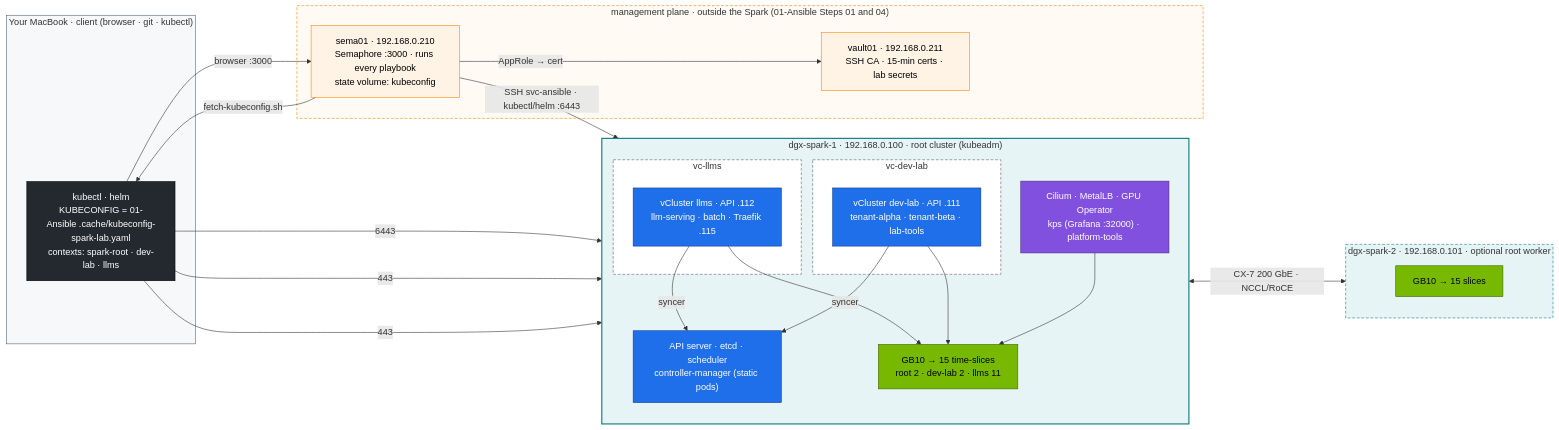
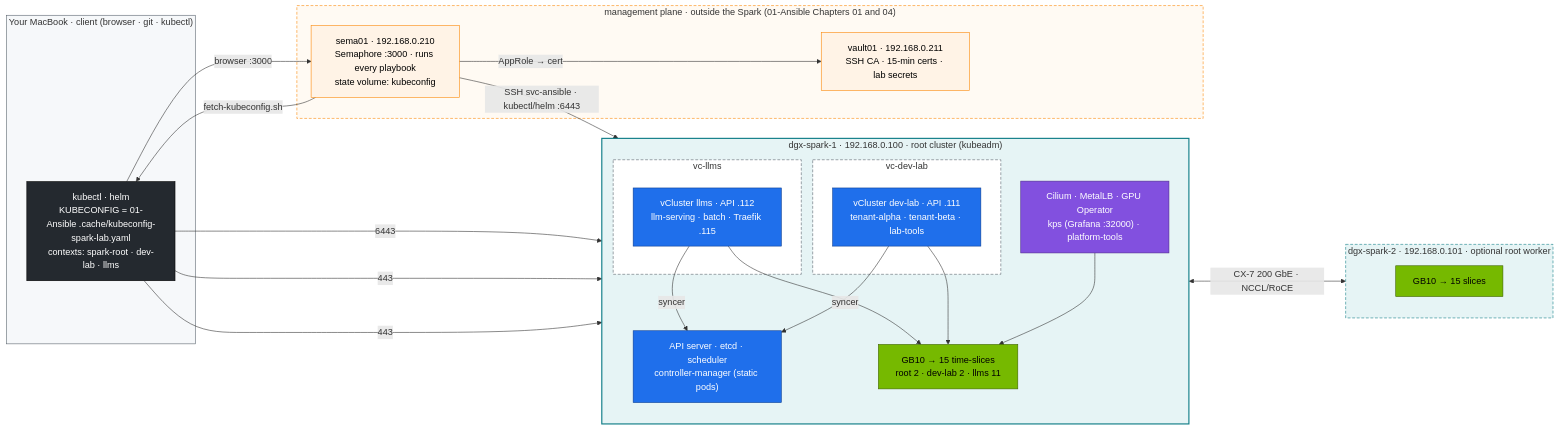
One commit to cloudone365/technical-depth changed the diagram in 02-Kubernetes/lab/README.md. Above: the diagram before and after it, drawn with Mermaid. The commit also changed other lines of this file and 242 other files, not shown here.

````diff
--- a/02-Kubernetes/lab/README.md
+++ b/02-Kubernetes/lab/README.md
@@ -65,53 +65,53 @@
 ```mermaid
 flowchart LR
   subgraph CTL["Your MacBook · client (browser · git · kubectl)"]
     K["kubectl · helm<br/>KUBECONFIG = 01-Ansible .cache/kubeconfig-spark-lab.yaml<br/>contexts: spark-root · dev-lab · llms"]
   end
-  subgraph MGMT["management plane · outside the Spark (01-Ansible Steps 01 and 04)"]
+  subgraph MGMT["management plane · outside the Spark (01-Ansible Chapters 01 and 04)"]
     SEMA["sema01 · 192.168.0.210<br/>Semaphore :3000 · runs every playbook<br/>state volume: kubeconfig"]
     VLT["vault01 · 192.168.0.211<br/>SSH CA · 15-min certs · lab secrets"]
   end
   subgraph S1["dgx-spark-1 · 192.168.0.100 · root cluster (kubeadm)"]
     direction TB
     CP["API server · etcd · scheduler<br/>controller-manager (static pods)"]
     PL["Cilium · MetalLB · GPU Operator<br/>kps (Grafana :32000) · platform-tools"]
     subgraph VD["vc-dev-lab"]
       DV["vCluster dev-lab · API .111<br/>tenant-alpha · tenant-beta · lab-tools"]
     end
     subgraph VL["vc-llms"]
       LV["vCluster llms · API .112<br/>llm-serving · batch · Traefik .115"]
     end
     GPU["GB10 → 15 time-slices<br/>root 2 · dev-lab 2 · llms 11"]
   end
   subgraph S2["dgx-spark-2 · 192.168.0.101 · optional root worker"]
     G2["GB10 → 15 slices"]
   end
   K -->|"browser :3000"| SEMA
   SEMA -->|"fetch-kubeconfig.sh"| K
   SEMA -->|"AppRole → cert"| VLT
   SEMA -->|"SSH svc-ansible · kubectl/helm :6443"| S1
   K -->|6443| CP
   K -->|443| DV
   K -->|443| LV
   DV & LV -->|syncer| CP
   PL --> GPU
   DV & LV --> GPU
   S1 <-->|"CX-7 200 GbE · NCCL/RoCE"| S2
   classDef ctrl fill:#1f6feb,stroke:#0b3d91,color:#fff
   classDef gpu fill:#76b900,stroke:#3d6000,color:#000
   classDef net fill:#8250df,stroke:#4c2889,color:#fff
   classDef tenant fill:#eaeef2,stroke:#57606a,color:#000
   classDef ext fill:#24292f,stroke:#000,color:#fff
   class CP,DV,LV ctrl
   class GPU,G2 gpu
   class PL net
   class K ext
   classDef mgmt fill:#fff3e6,stroke:#fb8500,color:#000
   class SEMA,VLT mgmt
   style S1 fill:#e6f4f5,stroke:#0e7c86,stroke-width:2px
   style S2 fill:#e6f4f5,stroke:#0e7c86,stroke-dasharray:5 3
   style CTL fill:#f6f8fa,stroke:#57606a
   style MGMT fill:#fffaf3,stroke:#fb8500,stroke-dasharray:5 3
   style VD fill:#ffffff,stroke:#57606a,stroke-dasharray:5 3
   style VL fill:#ffffff,stroke:#57606a,stroke-dasharray:5 3
 ```
````
